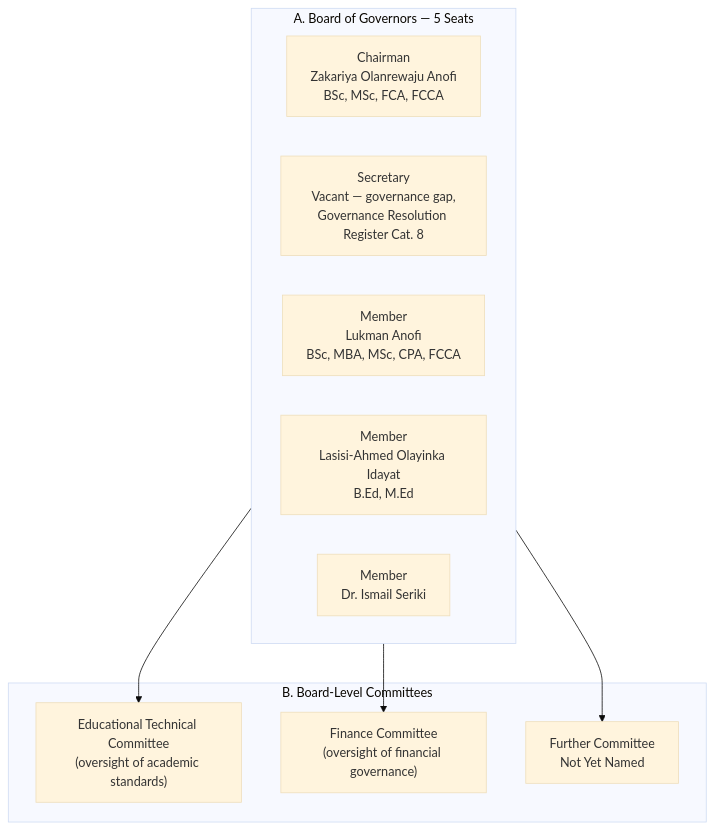
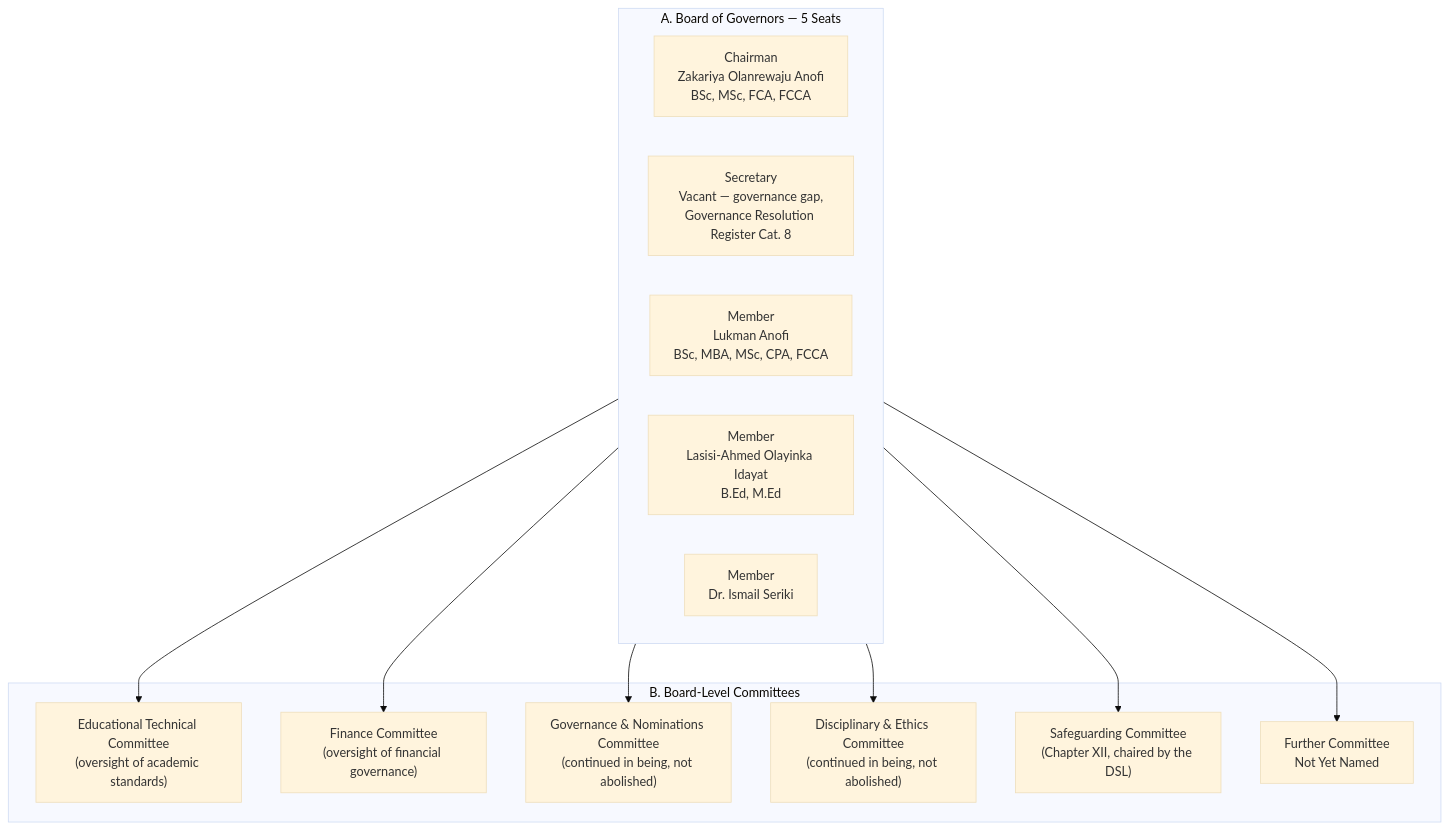
One commit to ahmadsulaimiy1/Sultan- changed the second of 4 diagrams in docs/organisational-structure-manual.md. Above: the diagram before and after it, drawn with Mermaid (base theme). The commit also changed other lines of this file, not shown here.

````diff
--- a/docs/organisational-structure-manual.md
+++ b/docs/organisational-structure-manual.md
@@ -127,20 +133,26 @@
 ```mermaid
 flowchart TD
   subgraph A["A. Board of Governors — 5 Seats"]
     Chair["Chairman<br/>Zakariya Olanrewaju Anofi<br/>BSc, MSc, FCA, FCCA"]
     Sec["Secretary<br/>Vacant — governance gap,<br/>Governance Resolution Register Cat. 8"]
     Mem1["Member<br/>Lukman Anofi<br/>BSc, MBA, MSc, CPA, FCCA"]
     Mem2["Member<br/>Lasisi-Ahmed Olayinka Idayat<br/>B.Ed, M.Ed"]
     Mem3["Member<br/>Dr. Ismail Seriki"]
   end
 
   subgraph B["B. Board-Level Committees"]
     ETC["Educational Technical Committee<br/>(oversight of academic standards)"]
     FC["Finance Committee<br/>(oversight of financial governance)"]
+    GN["Governance & Nominations Committee<br/>(continued in being, not abolished)"]
+    DE["Disciplinary & Ethics Committee<br/>(continued in being, not abolished)"]
+    SG["Safeguarding Committee<br/>(Chapter XII, chaired by the DSL)"]
     TBD["Further Committee<br/>Not Yet Named"]
   end
 
   A --> ETC
   A --> FC
+  A --> GN
+  A --> DE
+  A --> SG
   A --> TBD
 ```
````
